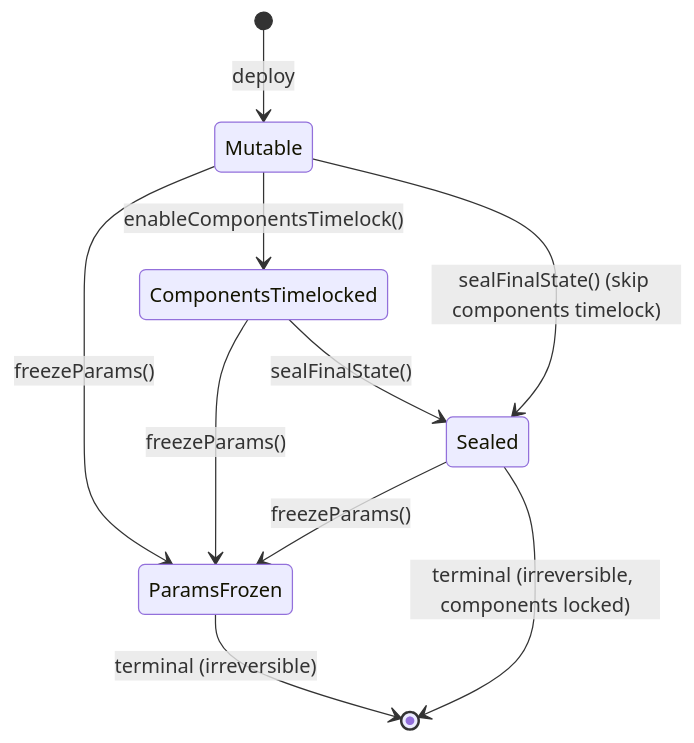
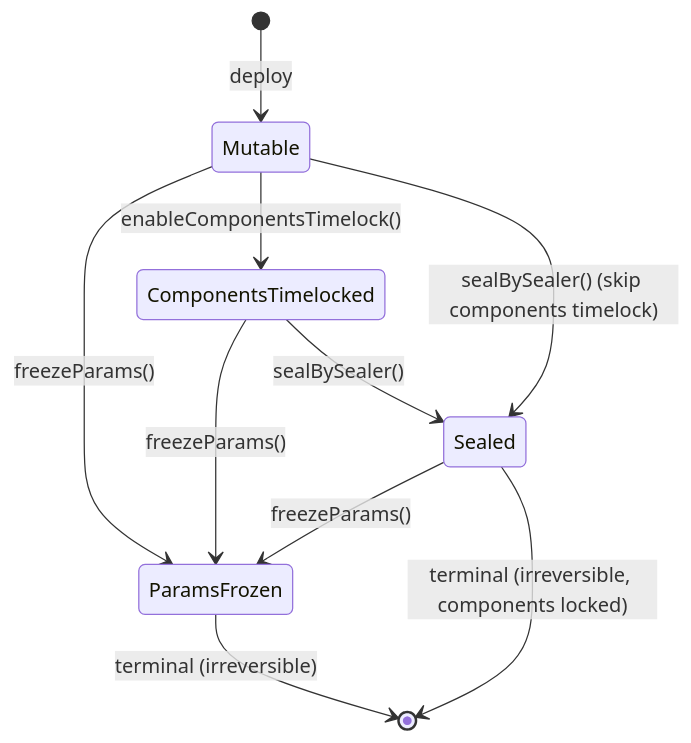
One commit to Multyr/multyr-core changed the third of 4 diagrams in docs/governance.md. Above: the diagram before and after it, drawn with Mermaid. The commit also changed other lines of this file and 50 other files, not shown here.

````diff
--- a/docs/governance.md
+++ b/docs/governance.md
@@ -292,12 +301,12 @@
 ```mermaid
 stateDiagram-v2
     [*] --> Mutable : deploy
     Mutable --> ComponentsTimelocked : enableComponentsTimelock()
-    ComponentsTimelocked --> Sealed : sealFinalState()
-    Mutable --> Sealed : sealFinalState() (skip components timelock)
+    ComponentsTimelocked --> Sealed : sealBySealer()
+    Mutable --> Sealed : sealBySealer() (skip components timelock)
     Mutable --> ParamsFrozen : freezeParams()
     ComponentsTimelocked --> ParamsFrozen : freezeParams()
     Sealed --> ParamsFrozen : freezeParams()
     ParamsFrozen --> [*] : terminal (irreversible)
     Sealed --> [*] : terminal (irreversible, components locked)
 ```
````
